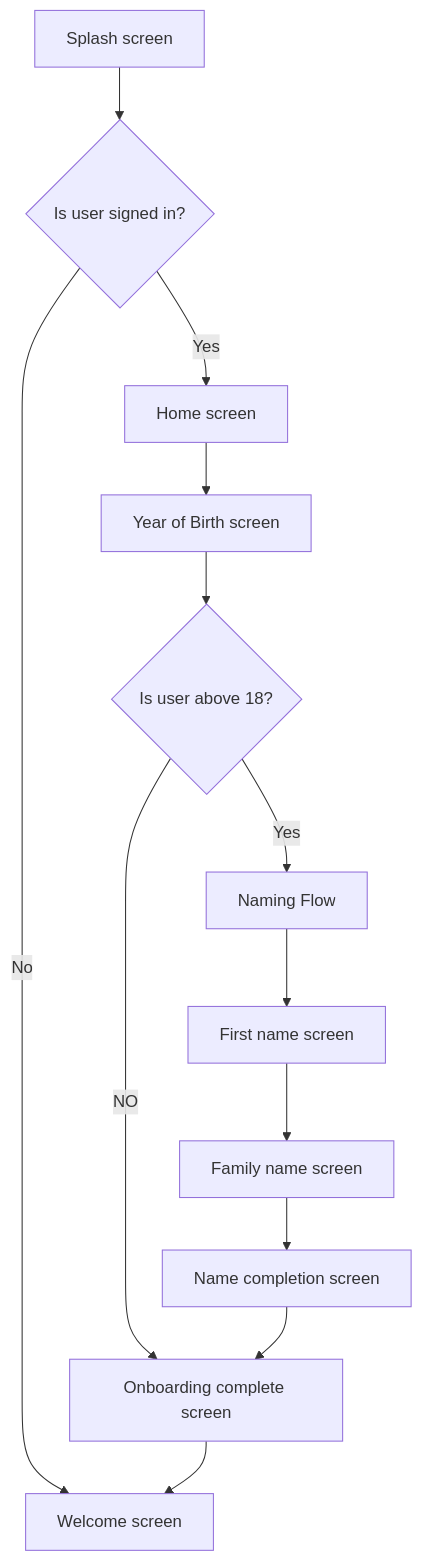
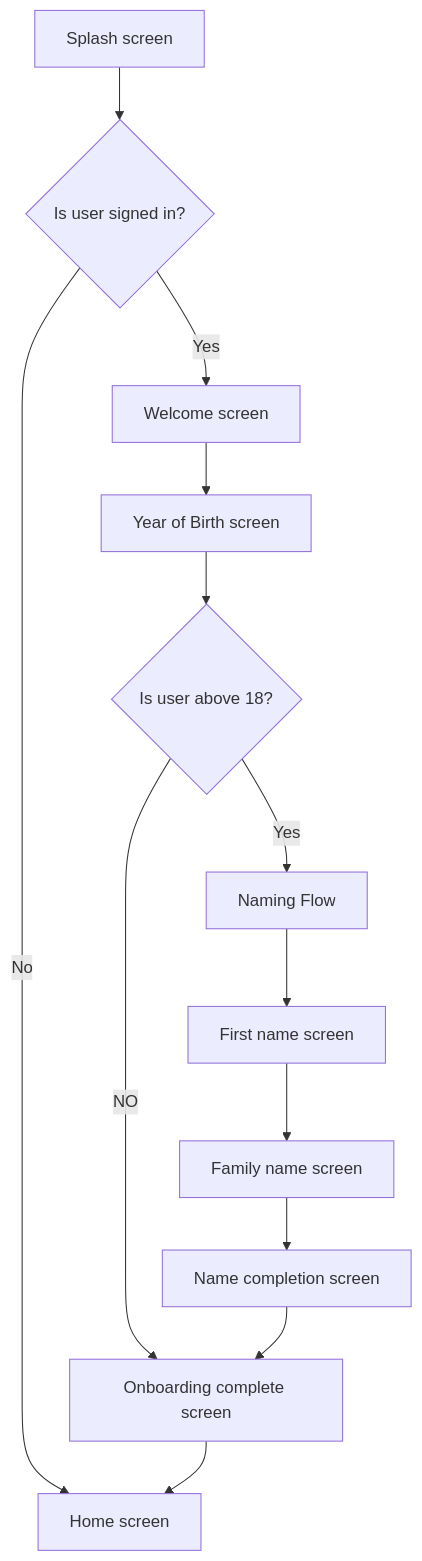
The diagram in README.md (Muhammed9991/TCANavigationStackExample), drawn with Mermaid before and after one commit.

````diff
--- a/README.md
+++ b/README.md
@@ -13,15 +13,15 @@
 ```mermaid
 graph TD;
 A[Splash screen]--> B{Is user signed in?};
-B -- Yes --> C[Home screen];
-B -- No --> D[Welcome screen];
+B -- Yes --> C[Welcome screen];
+B -- No --> D[Home screen];
 C --> E[Year of Birth screen];
 E --> F{Is user above 18?};
 F -- Yes --> G[Naming Flow];
 F -- NO --> H[Onboarding complete screen];
 H --> D
 G --> I[First name screen];
 I --> J[Family name screen];
 J --> K[Name completion screen];
 K --> H;
 ```
````
